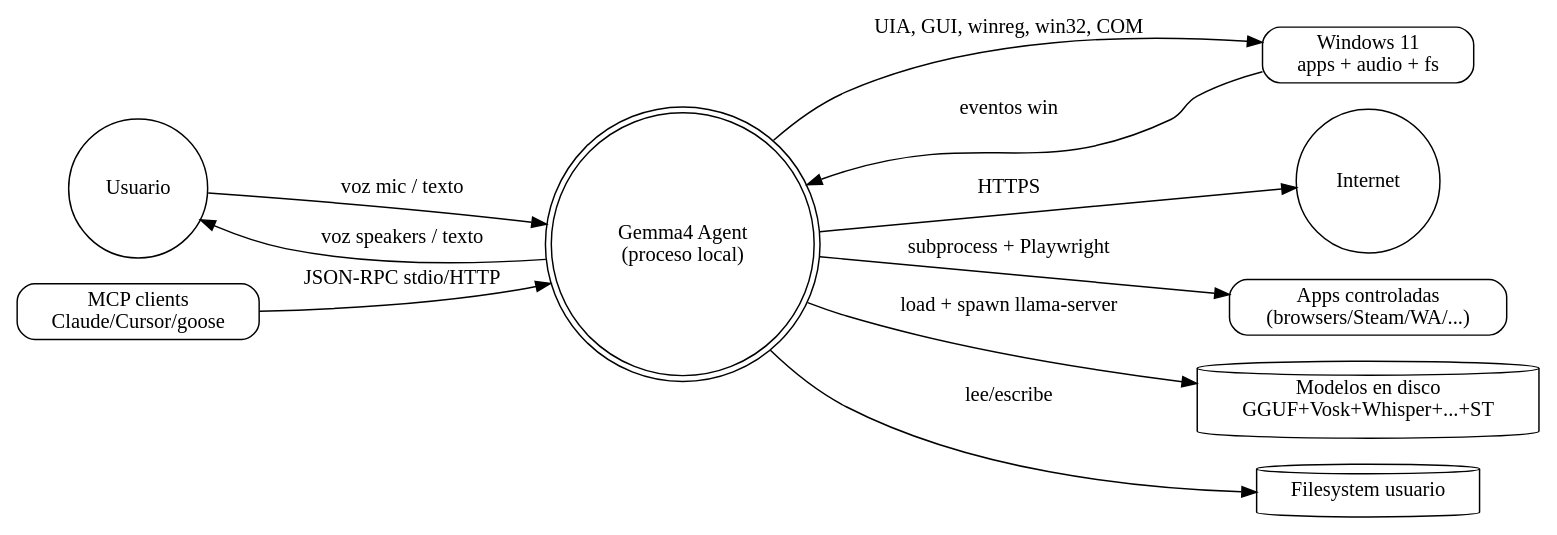
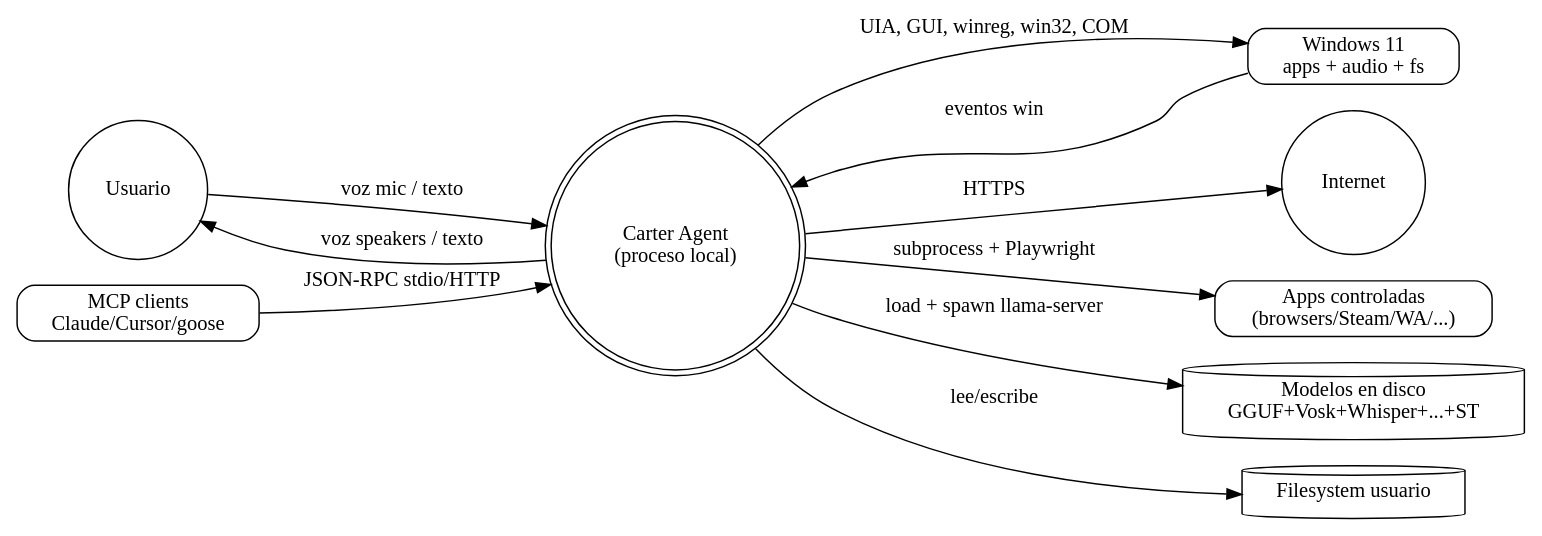
The sixth of 7 diagrams in documentacion/_historico/baseline_audit/01_system.md (REDSOULTM/BAXY), drawn with Graphviz before and after one commit. The commit also changed other lines of this file and 75 other files, not shown here.

First line of the commit message:
chore(rebrand): Gemma 4 Agent -> Carter (producto), modelo Gemma 4 intacto

````diff
--- a/documentacion/_historico/baseline_audit/01_system.md
+++ b/documentacion/_historico/baseline_audit/01_system.md
@@ -584,26 +584,26 @@
 ```dot
 // Fig 1.1 — System Context
 digraph SystemContext {
     rankdir=LR;
     node [shape=box, style=rounded];
 
     User      [shape=circle, label="Usuario"];
     Web       [shape=circle, label="Internet"];
     OS        [label="Windows 11\napps + audio + fs"];
     Apps      [label="Apps controladas\n(browsers/Steam/WA/...)"];
     Models    [shape=cylinder, label="Modelos en disco\nGGUF+Vosk+Whisper+...+ST"];
     FS        [shape=cylinder, label="Filesystem usuario"];
     MCP       [label="MCP clients\nClaude/Cursor/goose"];
-    Gemma     [shape=doublecircle, label="Gemma4 Agent\n(proceso local)"];
+    Gemma     [shape=doublecircle, label="Carter Agent\n(proceso local)"];
 
     User    -> Gemma [label="voz mic / texto"];
     Gemma   -> User  [label="voz speakers / texto"];
     Gemma   -> OS    [label="UIA, GUI, winreg, win32, COM"];
     Gemma   -> Apps  [label="subprocess + Playwright"];
     OS      -> Gemma [label="eventos win"];
     Gemma   -> Models[label="load + spawn llama-server"];
     Gemma   -> FS    [label="lee/escribe"];
     Gemma   -> Web   [label="HTTPS"];
     MCP     -> Gemma [label="JSON-RPC stdio/HTTP"];
 }
 ```
````
